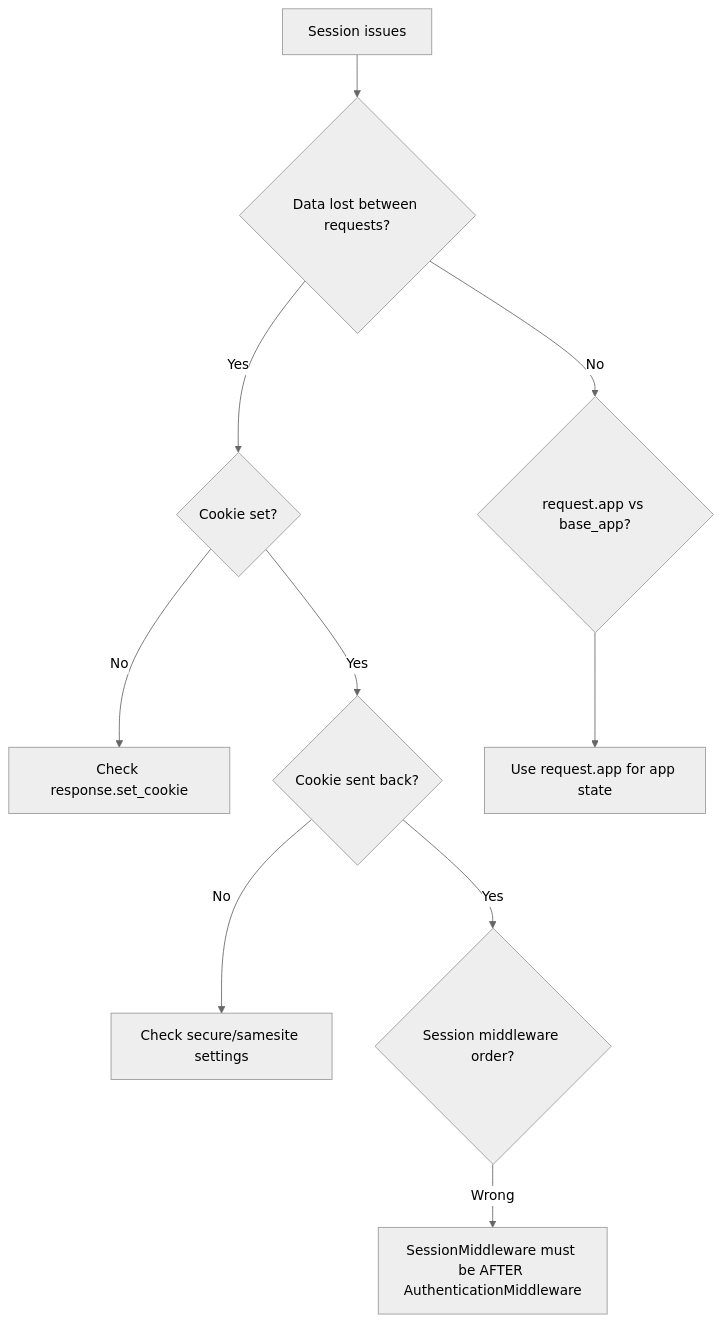
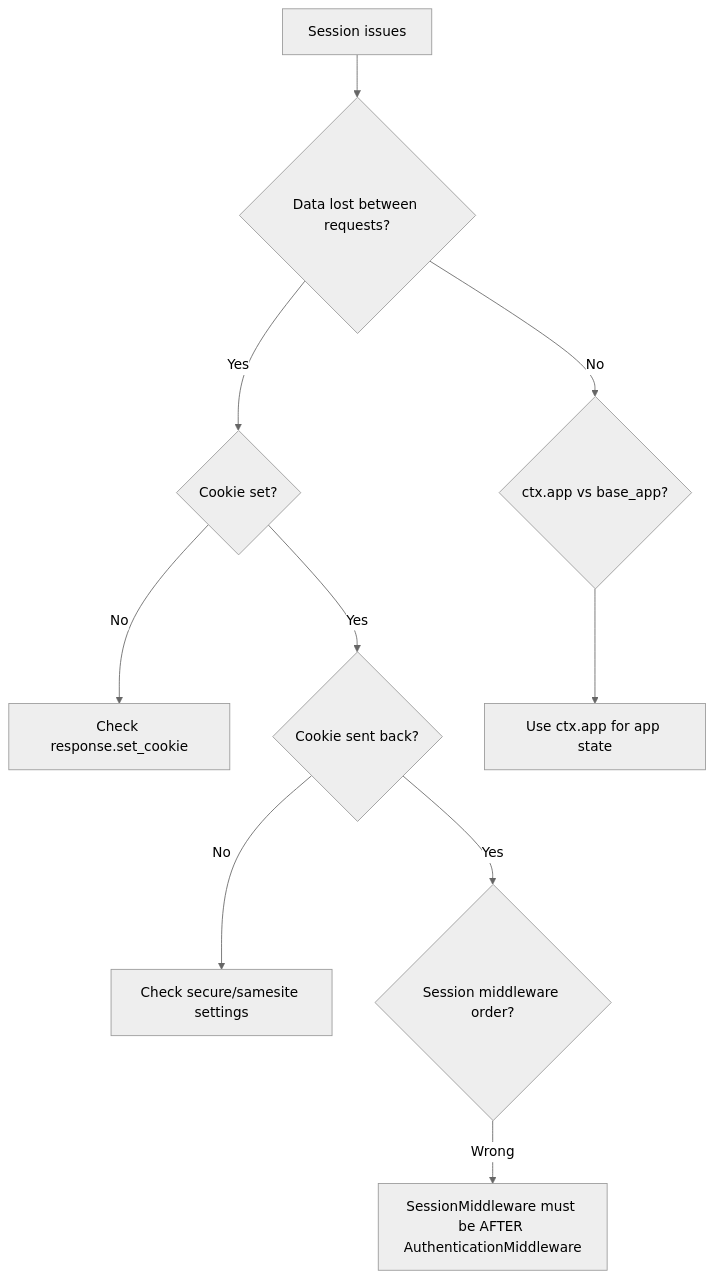
One commit to sillohq/core changed the fourth of 10 diagrams in docs/docs/src/content/docs/v1.0/advanced/debugging.md. Above: the diagram before and after it, drawn with Mermaid (neutral theme). The commit also changed other lines of this file and 72 other files, not shown here.

````diff
--- a/docs/docs/src/content/docs/v1.0/advanced/debugging.md
+++ b/docs/docs/src/content/docs/v1.0/advanced/debugging.md
@@ -244,12 +244,12 @@
 ```mermaid
 graph TD
     A[Session issues] --> B{Data lost between requests?}
     B -->|Yes| C{Cookie set?}
     C -->|No| D[Check response.set_cookie]
     C -->|Yes| E{Cookie sent back?}
     E -->|No| F[Check secure/samesite settings]
     E -->|Yes| G{Session middleware order?}
     G -->|Wrong| H[SessionMiddleware must be AFTER AuthenticationMiddleware]
-    B -->|No| I{request.app vs base_app?}
-    I --> J[Use request.app for app state]
+    B -->|No| I{ctx.app vs base_app?}
+    I --> J[Use ctx.app for app state]
 ```
````
